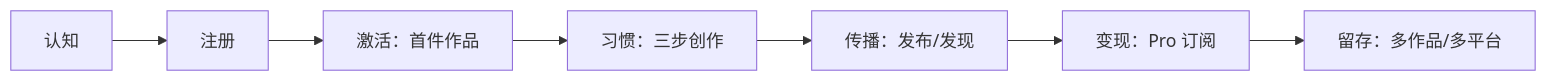
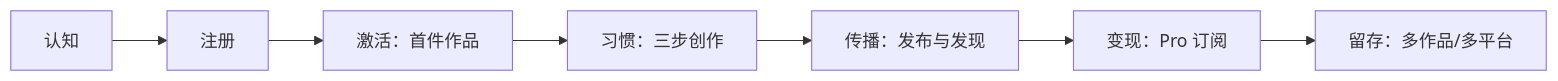
The first of 2 diagrams in docs/business/user-journeys.md (yizhao6985-ai/yougan), drawn with Mermaid before and after one commit. The commit also changed other lines of this file and 145 other files, not shown here.

````diff
--- a/docs/business/user-journeys.md
+++ b/docs/business/user-journeys.md
@@ -5,9 +5,9 @@
 ```mermaid
 flowchart LR
   A[认知] --> B[注册]
   B --> C[激活：首件作品]
   C --> D[习惯：三步创作]
-  D --> E[传播：发布/发现]
+  D --> E[传播：发布与发现]
   E --> F[变现：Pro 订阅]
   F --> G[留存：多作品/多平台]
 ```
````
